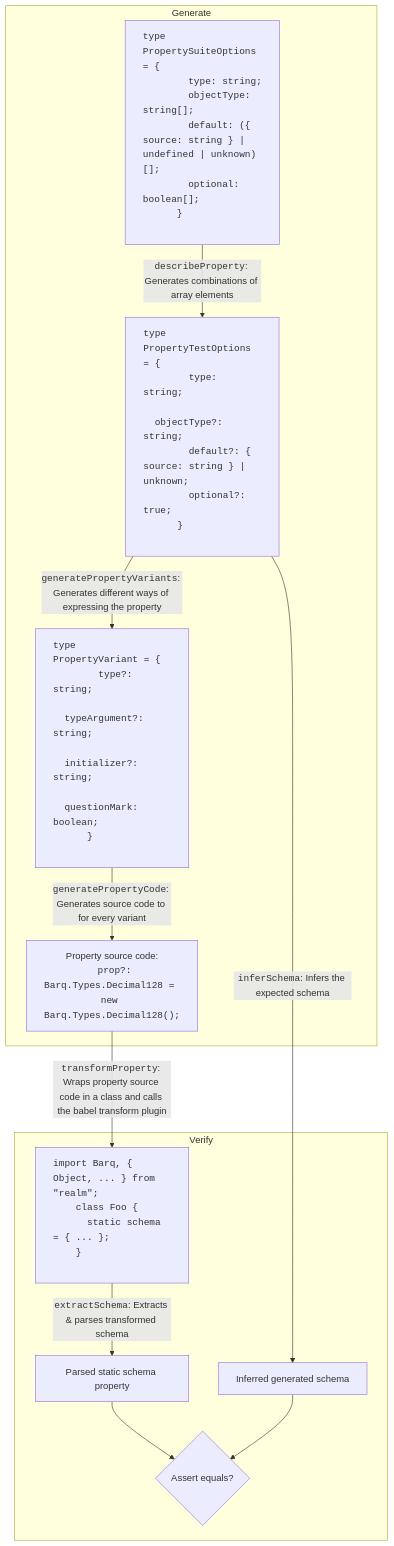
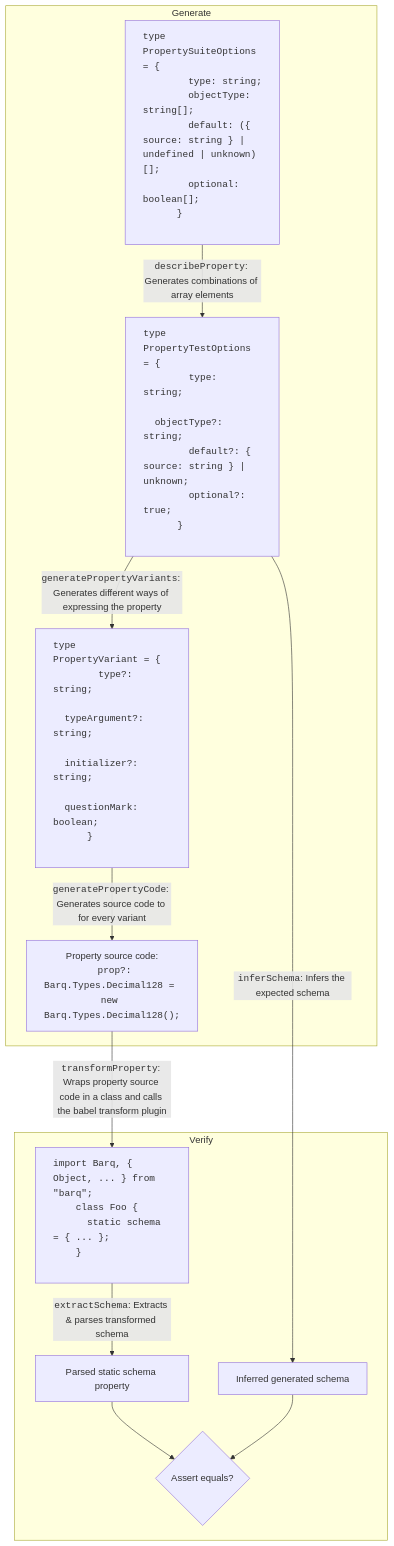
One commit to BarqDB/barq-js changed the diagram in packages/babel-plugin/src/tests/generator/README.md. Above: the diagram before and after it, drawn with Mermaid. The commit also changed 333 other files, not shown here.

First line of the commit message:
Purge all realm/mongodb/bson/atlas traces; bump barq-core (bindgen); add Barq copyright

````diff
--- a/packages/babel-plugin/src/tests/generator/README.md
+++ b/packages/babel-plugin/src/tests/generator/README.md
@@ -3,76 +3,76 @@
 ```mermaid
 flowchart TD
 
 classDef data text-align:left;
 
 subgraph Generate
   nodePropertyTest["
     <code>type PropertySuiteOptions = {
       &nbsp;&nbsp;type: string;
       &nbsp;&nbsp;objectType: string[];
       &nbsp;&nbsp;default: ({ source: string } | undefined | unknown)[];
       &nbsp;&nbsp;optional: boolean[];
       }
     </code>
   "]
   nodePropertySchema["
     <code>type PropertyTestOptions = {
       &nbsp;&nbsp;type: string;
       &nbsp;&nbsp;objectType?: string;
       &nbsp;&nbsp;default?: { source: string } | unknown;
       &nbsp;&nbsp;optional?: true;
       }
     </code>
   "]
   nodePropertyVariant["
     <code>type PropertyVariant = {
       &nbsp;&nbsp;type?: string;
       &nbsp;&nbsp;typeArgument?: string;
       &nbsp;&nbsp;initializer?: string;
       &nbsp;&nbsp;questionMark: boolean;
       }
     </code>
   "]
   nodePropertyCode["
     Property source code:
     <code>prop?: Barq.Types.Decimal128 = new Barq.Types.Decimal128();</code>
   "]
 
   nodePropertyTest -->|<code>describeProperty</code>: Generates combinations of array elements| nodePropertySchema
   nodePropertySchema -->|<code>generatePropertyVariants</code>: Generates different ways of expressing the property| nodePropertyVariant
   nodePropertyVariant -->|<code>generatePropertyCode</code>: Generates source code to for every variant| nodePropertyCode
 
   class nodePropertyTest,nodePropertySchema,nodePropertyVariant,nodeSourceCode data;
 end
 
 nodePropertyCode -->|<code>transformProperty</code>: Wraps property source code in a class and calls the babel transform plugin| nodeTransformedCode
 
 subgraph Verify
   nodeTransformedCode["
-    <code>import Barq, { Object, ... } from #quot;realm#quot;;
+    <code>import Barq, { Object, ... } from #quot;barq#quot;;
     class Foo {
     #nbsp;#nbsp;static schema = { ... };
     }
     </code>
   "]
 
   nodeStaticSchema["
     Parsed static schema property
   "]
 
   nodeExpectedSchema["
     Inferred generated schema
   "]
 
   nodeTransformedCode -->|<code>extractSchema</code>: Extracts & parses transformed schema| nodeStaticSchema
 
   nodePropertySchema -->|<code>inferSchema</code>: Infers the expected schema| nodeExpectedSchema
 
   nodeAssert{Assert equals?}
   nodeStaticSchema --> nodeAssert
   nodeExpectedSchema --> nodeAssert
 
   class nodeTransformedCode data;
 end
 
 ```
````
